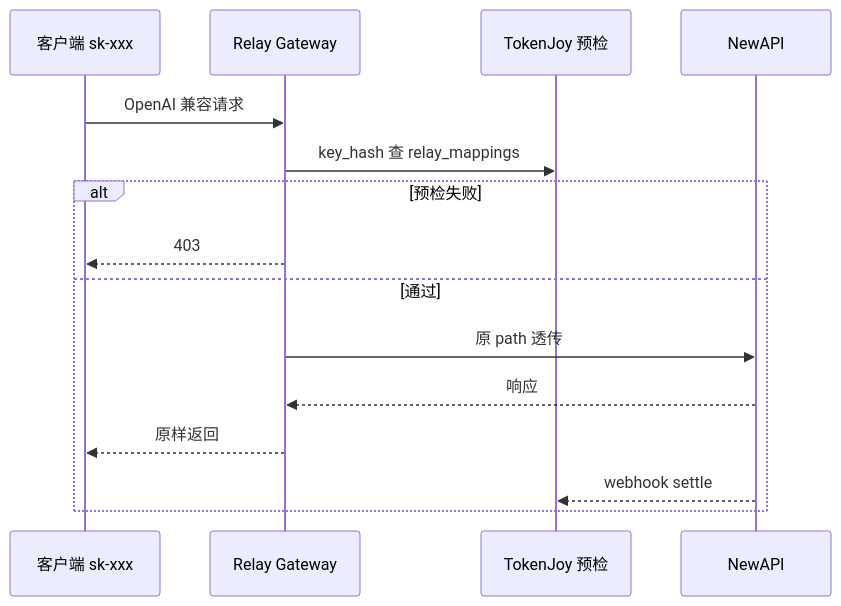
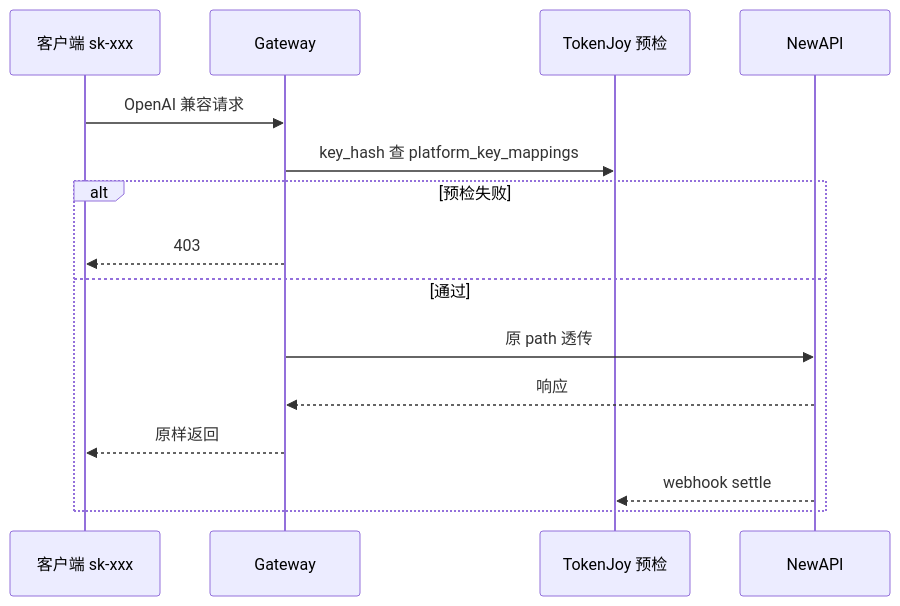
One commit to quyip8818/mytokenjoy changed the third of 6 diagrams in docs/Backend-架构.md. Above: the diagram before and after it, drawn with Mermaid. The commit also changed other lines of this file and 169 other files, not shown here.

````diff
--- a/docs/Backend-架构.md
+++ b/docs/Backend-架构.md
@@ -248,18 +248,18 @@
 ```mermaid
 sequenceDiagram
   participant C as 客户端 sk-xxx
-  participant GW as Relay Gateway
+  participant GW as Gateway
   participant TJ as TokenJoy 预检
   participant NA as NewAPI
 
   C->>GW: OpenAI 兼容请求
-  GW->>TJ: key_hash 查 relay_mappings
+  GW->>TJ: key_hash 查 platform_key_mappings
   alt 预检失败
     GW-->>C: 403
   else 通过
     GW->>NA: 原 path 透传
     NA-->>GW: 响应
     GW-->>C: 原样返回
     NA-->>TJ: webhook settle
   end
 ```
````
